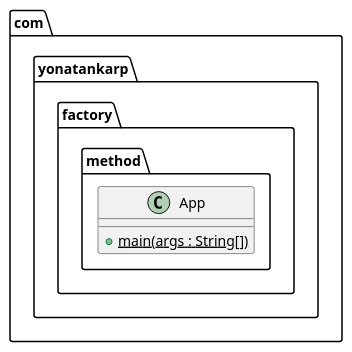
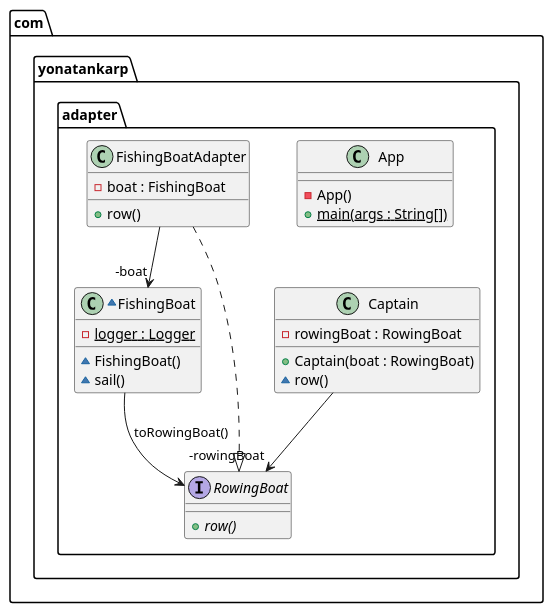
Before and after one commit to yonatankarp/kotlin-design-patterns: the diagram in adapter/etc/adapter.puml, drawn with PlantUML. The commit also changed 12 other files, not shown here.

```diff
--- a/adapter/etc/adapter.puml
+++ b/adapter/etc/adapter.puml
@@ -1,7 +1,29 @@
 @startuml
-package com.yonatankarp.factory.method {
+package com.yonatankarp.adapter {
   class App {
+    - App()
     + main(args : String[]) {static}
   }
+  class Captain {
+    - rowingBoat : RowingBoat
+    + Captain(boat : RowingBoat)
+    ~ row()
+  }
+  ~class FishingBoat {
+    - logger : Logger {static}
+    ~ FishingBoat()
+    ~ sail()
+  }
+  class FishingBoatAdapter {
+    - boat : FishingBoat
+    + row()
+  }
+  interface RowingBoat {
+    + row() {abstract}
+  }
 }
+FishingBoatAdapter -->  "-boat" FishingBoat
+Captain -->  "-rowingBoat" RowingBoat
+FishingBoatAdapter ..|> RowingBoat
+FishingBoat -down-> RowingBoat : toRowingBoat()
 @enduml
```
